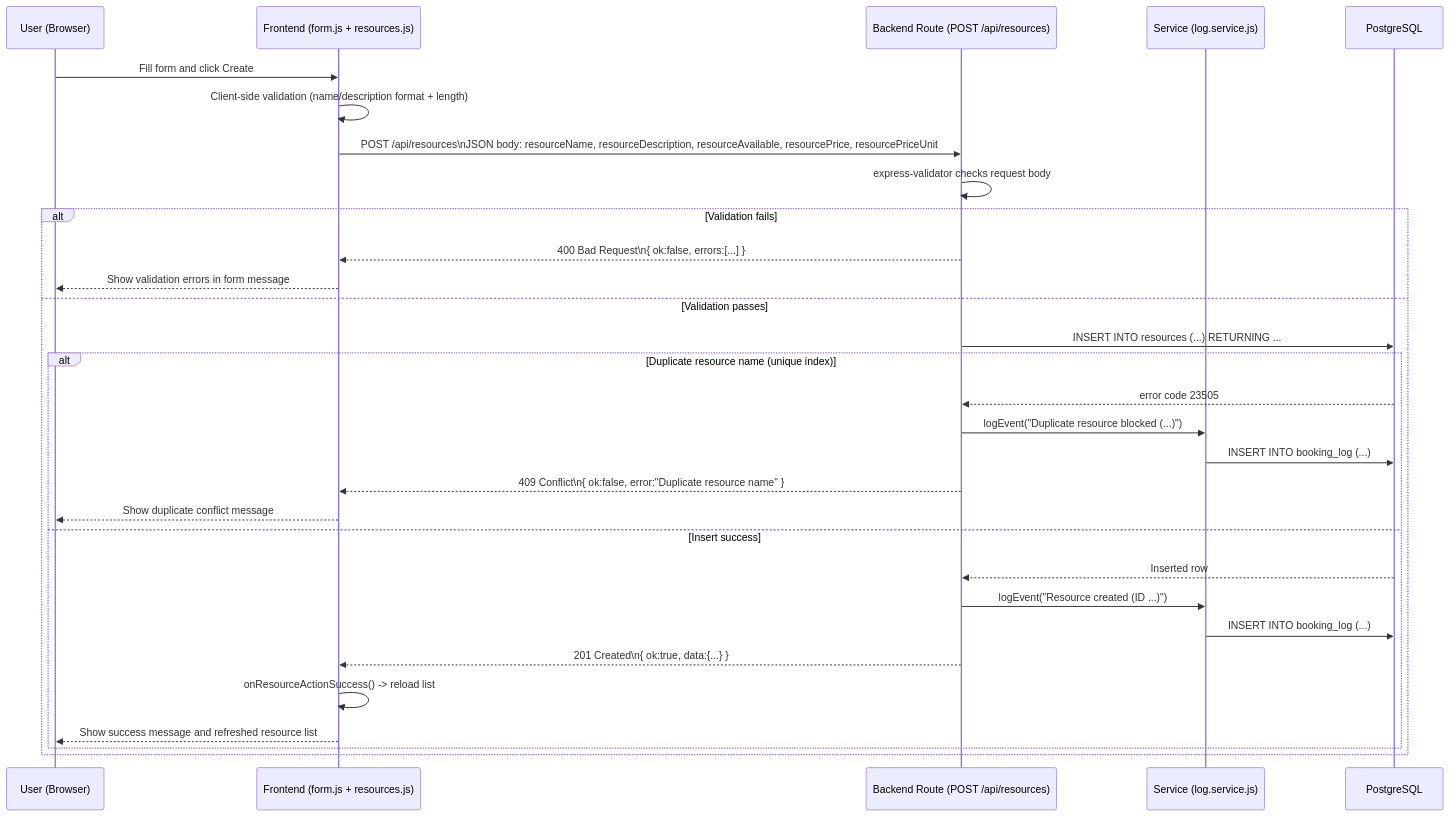
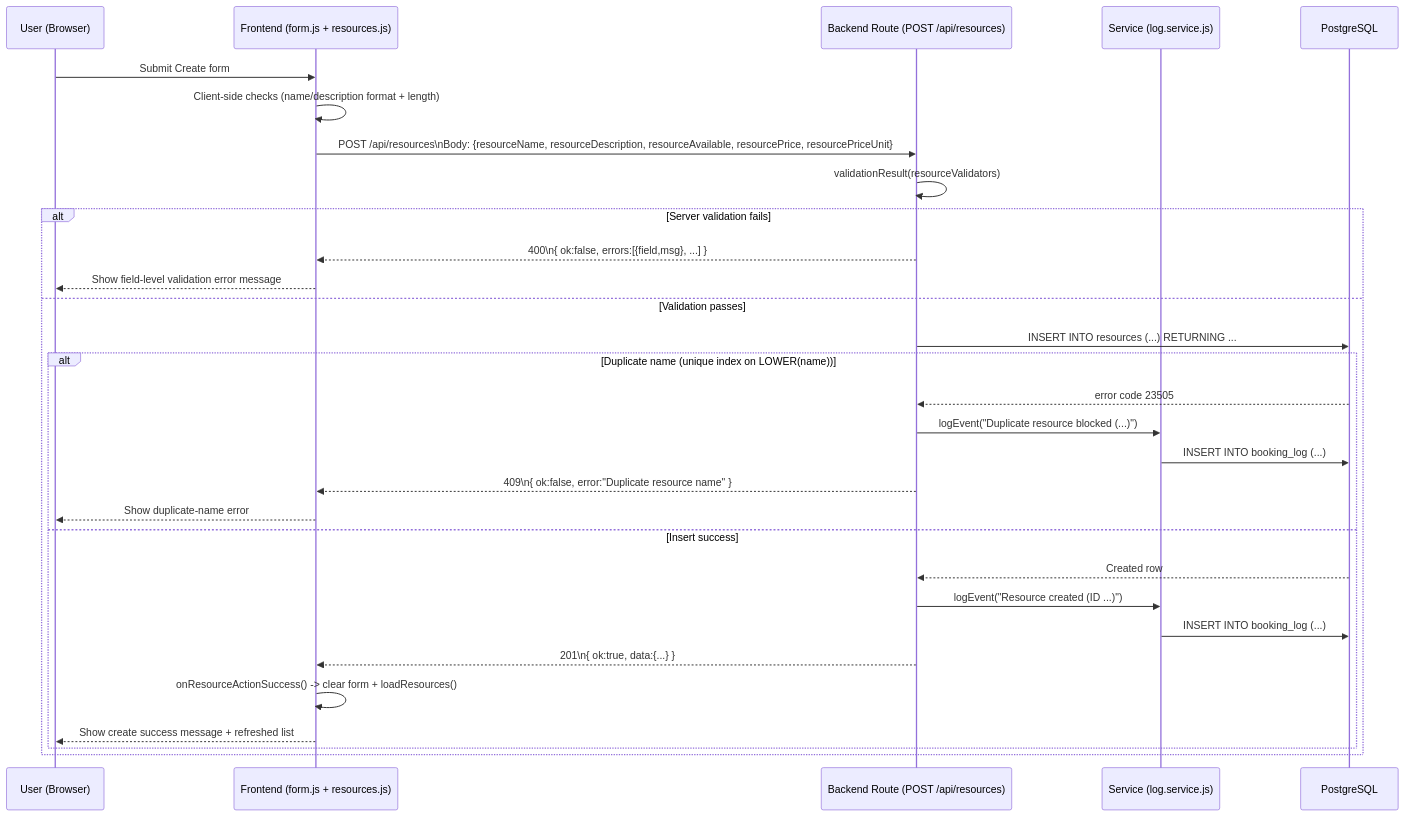
Before and after one commit to NurAhammadNiloy/Advanced-web-development: the first of 4 diagrams in Booking system/Phase6/G1_CRUD_DataFlow.md, drawn with Mermaid. The commit also changed other lines of this file and 1 other file, not shown here.

Commit message:
Refine CRUD data flow docs for accuracy and precision

````diff
--- a/Booking system/Phase6/G1_CRUD_DataFlow.md
+++ b/Booking system/Phase6/G1_CRUD_DataFlow.md
@@ -14,35 +14,35 @@
 ```mermaid
 sequenceDiagram
     participant U as User (Browser)
     participant F as Frontend (form.js + resources.js)
     participant B as Backend Route (POST /api/resources)
     participant S as Service (log.service.js)
     participant DB as PostgreSQL
 
-    U->>F: Fill form and click Create
-    F->>F: Client-side validation (name/description format + length)
-    F->>B: POST /api/resources\nJSON body: resourceName, resourceDescription, resourceAvailable, resourcePrice, resourcePriceUnit
-    B->>B: express-validator checks request body
+    U->>F: Submit Create form
+    F->>F: Client-side checks (name/description format + length)
+    F->>B: POST /api/resources\nBody: {resourceName, resourceDescription, resourceAvailable, resourcePrice, resourcePriceUnit}
+    B->>B: validationResult(resourceValidators)
 
-    alt Validation fails
-        B-->>F: 400 Bad Request\n{ ok:false, errors:[...] }
-        F-->>U: Show validation errors in form message
+    alt Server validation fails
+        B-->>F: 400\n{ ok:false, errors:[{field,msg}, ...] }
+        F-->>U: Show field-level validation error message
     else Validation passes
         B->>DB: INSERT INTO resources (...) RETURNING ...
 
-        alt Duplicate resource name (unique index)
+        alt Duplicate name (unique index on LOWER(name))
             DB-->>B: error code 23505
             B->>S: logEvent("Duplicate resource blocked (...)")
             S->>DB: INSERT INTO booking_log (...)
-            B-->>F: 409 Conflict\n{ ok:false, error:"Duplicate resource name" }
-            F-->>U: Show duplicate conflict message
+            B-->>F: 409\n{ ok:false, error:"Duplicate resource name" }
+            F-->>U: Show duplicate-name error
         else Insert success
-            DB-->>B: Inserted row
+            DB-->>B: Created row
             B->>S: logEvent("Resource created (ID ...)")
             S->>DB: INSERT INTO booking_log (...)
-            B-->>F: 201 Created\n{ ok:true, data:{...} }
-            F->>F: onResourceActionSuccess() -> reload list
-            F-->>U: Show success message and refreshed resource list
+            B-->>F: 201\n{ ok:true, data:{...} }
+            F->>F: onResourceActionSuccess() -> clear form + loadResources()
+            F-->>U: Show create success message + refreshed list
         end
     end
 ```
````
